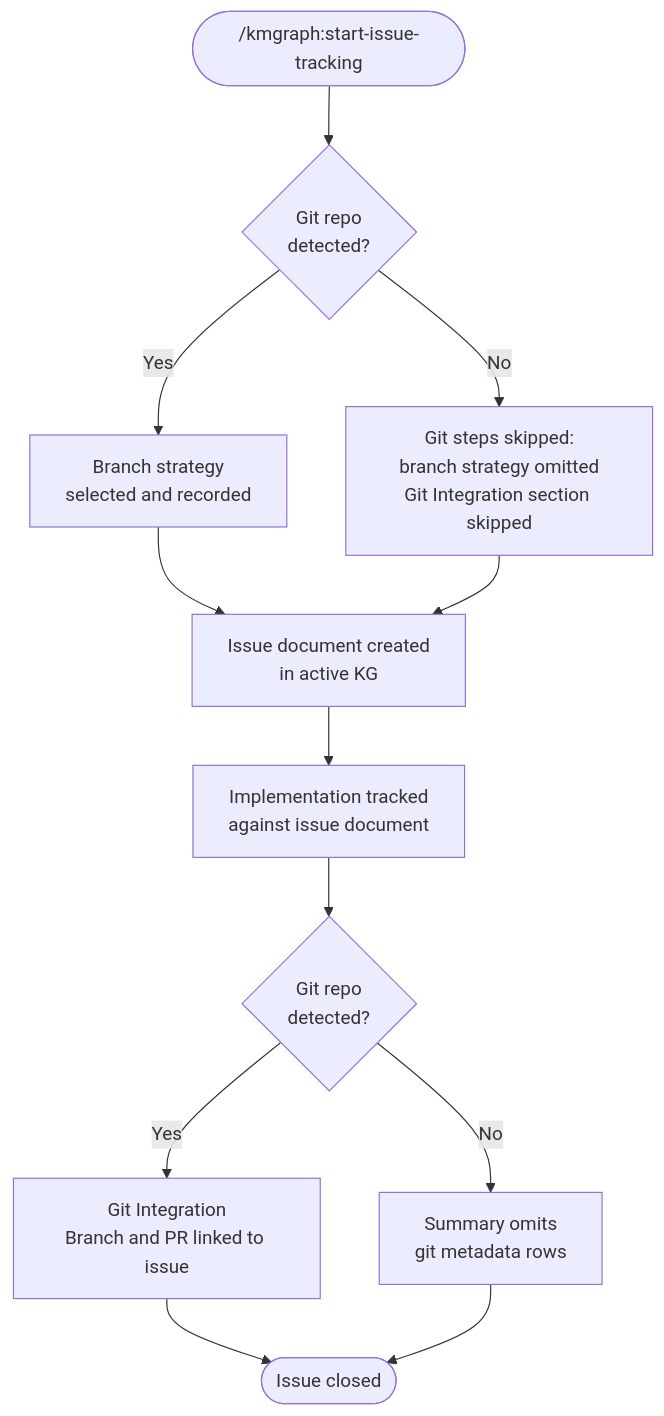
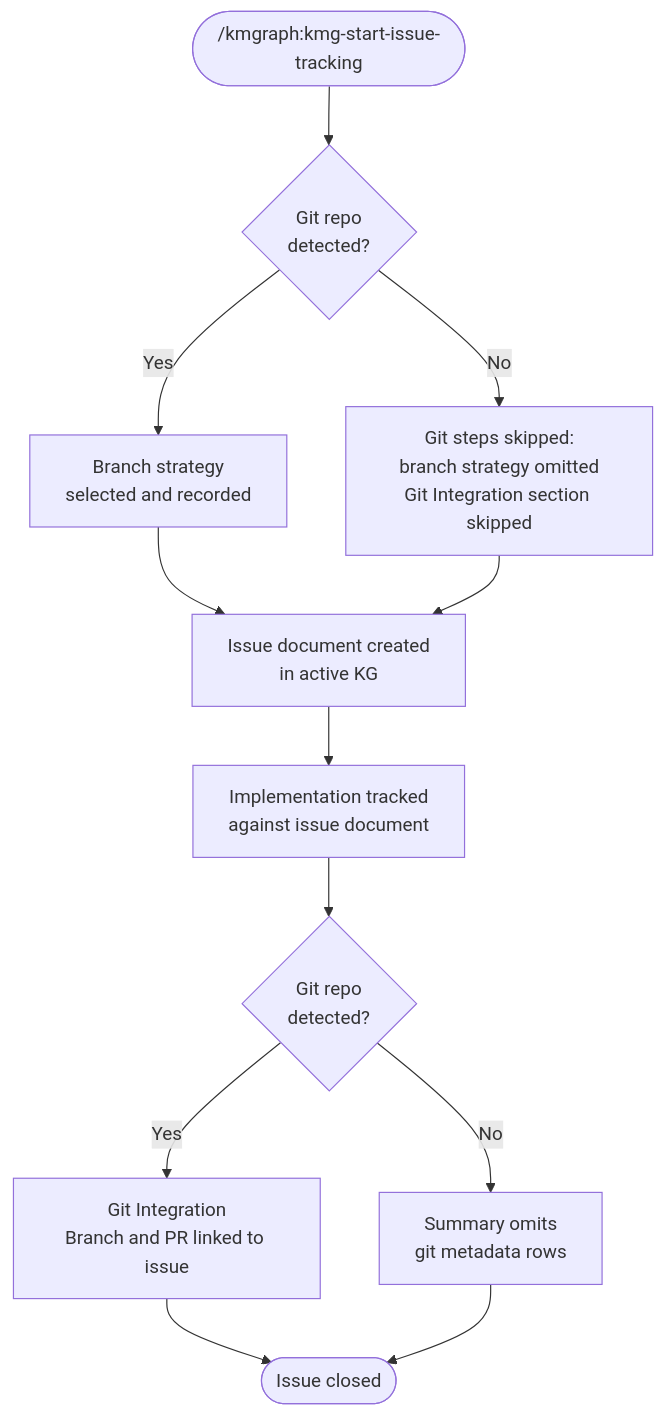
Before and after one commit to technomensch/knowledge-graph: the diagram in docs/TRACK-ISSUES.md, drawn with Mermaid. The commit also changed other lines of this file and 58 other files, not shown here.

````diff
--- a/docs/TRACK-ISSUES.md
+++ b/docs/TRACK-ISSUES.md
@@ -13,15 +13,15 @@
 ```mermaid
 flowchart TD
-    A([/kmgraph:start-issue-tracking]) --> B{Git repo\ndetected?}
+    A([/kmgraph:kmg-start-issue-tracking]) --> B{Git repo\ndetected?}
     B -- Yes --> C[Branch strategy\nselected and recorded]
     B -- No --> D[Git steps skipped:\nbranch strategy omitted\nGit Integration section skipped]
     C --> E[Issue document created\nin active KG]
     D --> E
     E --> F[Implementation tracked\nagainst issue document]
     F --> G{Git repo\ndetected?}
     G -- Yes --> H[Git Integration\nBranch and PR linked to issue]
     G -- No --> I[Summary omits\ngit metadata rows]
     H --> J([Issue closed])
     I --> J
 
 ```
````
